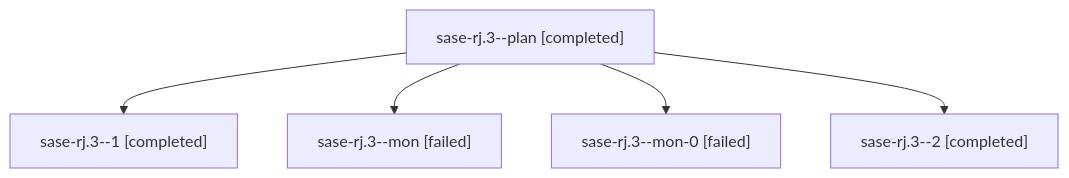
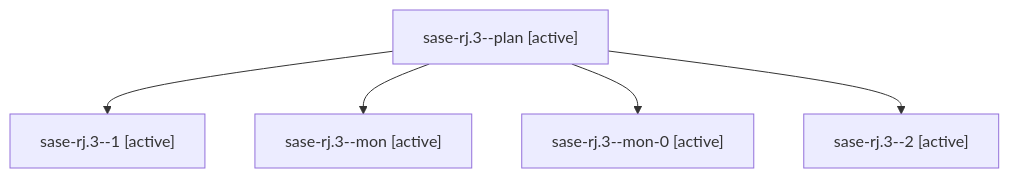
One commit to sase-org/sase--agents changed the diagram in families/bbugyi200.athena.sase-rj.3.md. Above: the diagram before and after it, drawn with Mermaid. The commit also changed other lines of this file and 35830 other files, not shown here.

````diff
--- a/families/bbugyi200.athena.sase-rj.3.md
+++ b/families/bbugyi200.athena.sase-rj.3.md
@@ -9,12 +9,12 @@
 ```mermaid
 flowchart TD
-  n0["sase-rj.3--plan [completed]"]
-  n1["sase-rj.3--1 [completed]"]
+  n0["sase-rj.3--plan [active]"]
+  n1["sase-rj.3--1 [active]"]
   n0 --> n1
-  n2["sase-rj.3--mon [failed]"]
+  n2["sase-rj.3--mon [active]"]
   n0 --> n2
-  n3["sase-rj.3--mon-0 [failed]"]
+  n3["sase-rj.3--mon-0 [active]"]
   n0 --> n3
-  n4["sase-rj.3--2 [completed]"]
+  n4["sase-rj.3--2 [active]"]
   n0 --> n4
 ```
````
